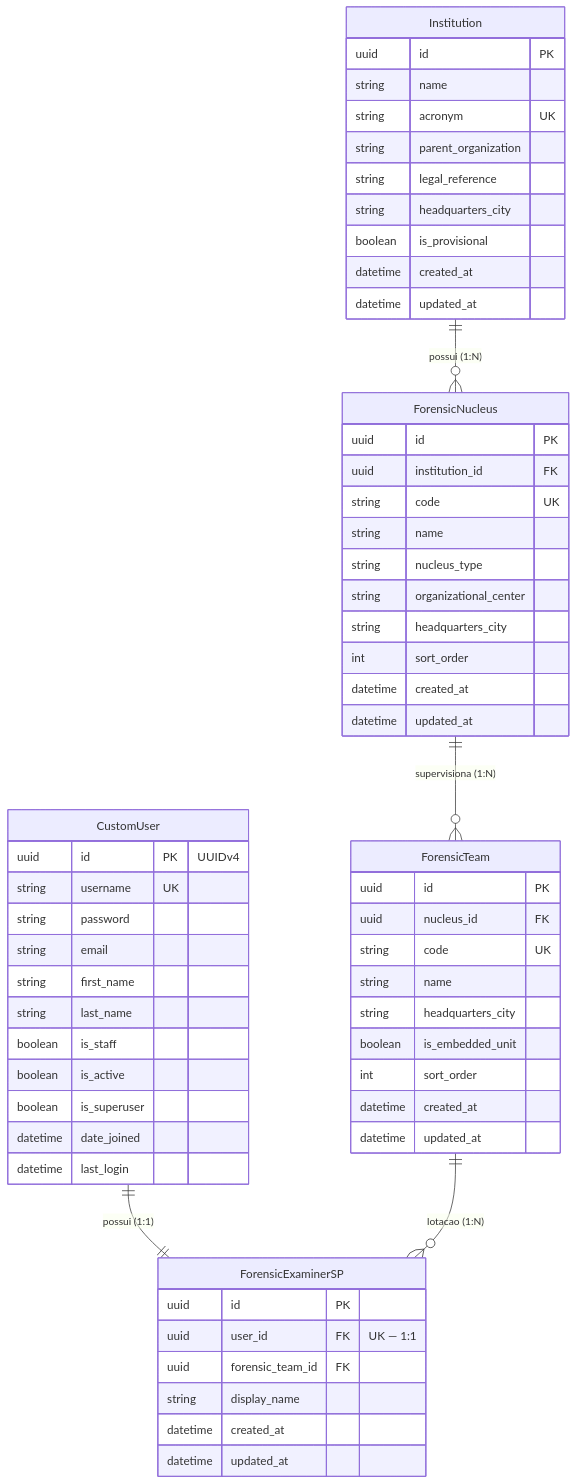
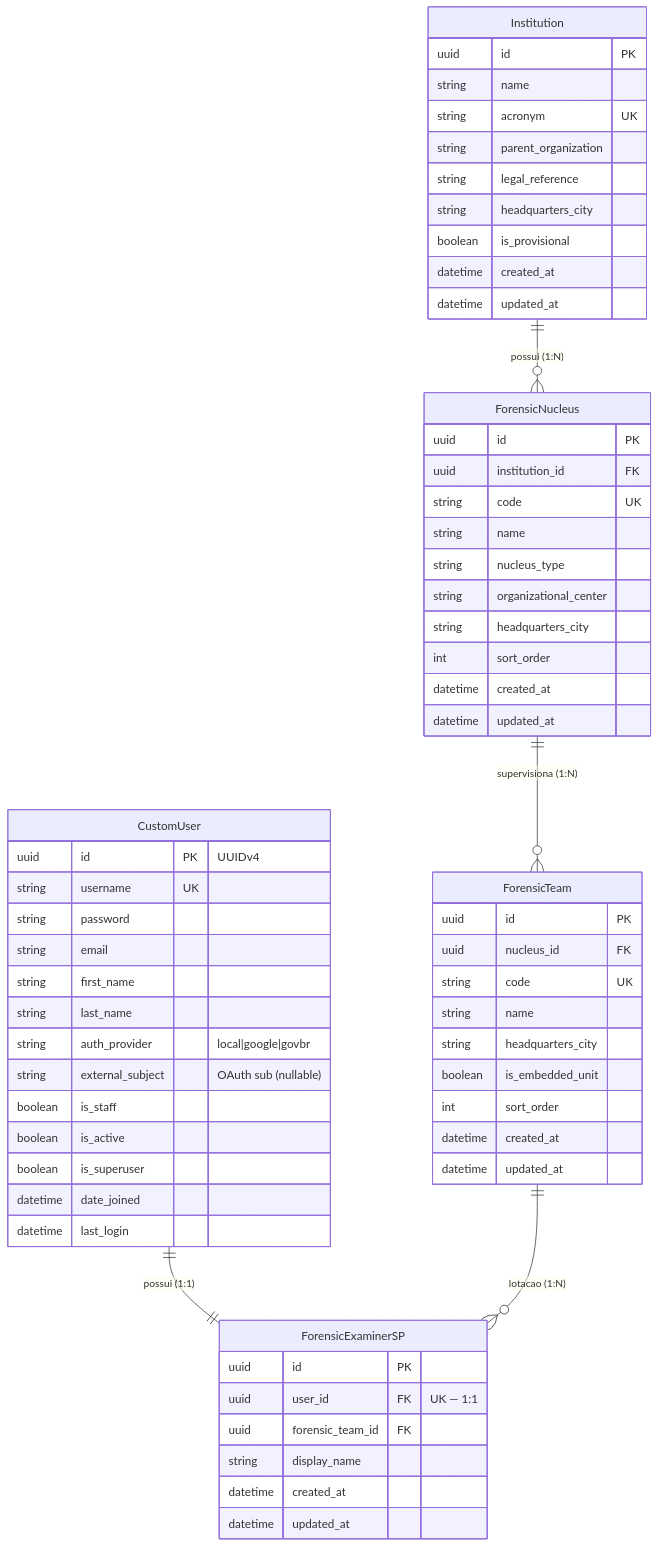
Before and after one commit to PeritoCriminal/reportline: the first of 2 diagrams in docs/architecture/02-data-model.md, drawn with Mermaid. The commit also changed 31 other files, not shown here.

First line of the commit message:
feat(accounts): implementar autenticação em fases com login Google OAuth

````diff
--- a/docs/architecture/02-data-model.md
+++ b/docs/architecture/02-data-model.md
@@ -18,67 +18,69 @@
 ```mermaid
 erDiagram
     CustomUser {
         uuid id PK "UUIDv4"
         string username UK
         string password
         string email
         string first_name
         string last_name
+        string auth_provider "local|google|govbr"
+        string external_subject "OAuth sub (nullable)"
         boolean is_staff
         boolean is_active
         boolean is_superuser
         datetime date_joined
         datetime last_login
     }
 
     Institution {
         uuid id PK
         string name
         string acronym UK
         string parent_organization
         string legal_reference
         string headquarters_city
         boolean is_provisional
         datetime created_at
         datetime updated_at
     }
 
     ForensicNucleus {
         uuid id PK
         uuid institution_id FK
         string code UK
         string name
         string nucleus_type
         string organizational_center
         string headquarters_city
         int sort_order
         datetime created_at
         datetime updated_at
     }
 
     ForensicTeam {
         uuid id PK
         uuid nucleus_id FK
         string code UK
         string name
         string headquarters_city
         boolean is_embedded_unit
         int sort_order
         datetime created_at
         datetime updated_at
     }
 
     ForensicExaminerSP {
         uuid id PK
         uuid user_id FK "UK — 1:1"
         uuid forensic_team_id FK
         string display_name
         datetime created_at
         datetime updated_at
     }
 
     Institution ||--o{ ForensicNucleus : "possui (1:N)"
     ForensicNucleus ||--o{ ForensicTeam : "supervisiona (1:N)"
     CustomUser ||--|| ForensicExaminerSP : "possui (1:1)"
     ForensicTeam ||--o{ ForensicExaminerSP : "lotacao (1:N)"
 ```
````
